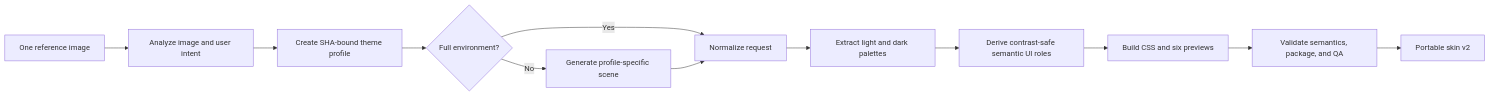
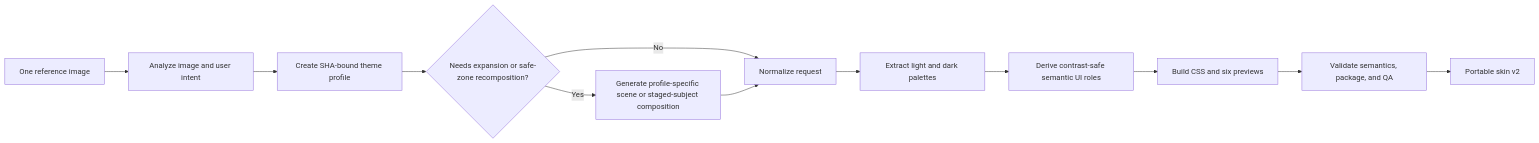
The diagram in docs/SKIN_STUDIO_MVP.md (chromapaw/codex-chromapaw), drawn with Mermaid before and after one commit. The commit also changed other lines of this file and 21 other files, not shown here.

````diff
--- a/docs/SKIN_STUDIO_MVP.md
+++ b/docs/SKIN_STUDIO_MVP.md
@@ -9,14 +9,14 @@
 ```mermaid
 flowchart LR
     A["One reference image"] --> B["Analyze image and user intent"]
     B --> C["Create SHA-bound theme profile"]
-    C --> D{"Full environment?"}
-    D -->|"Yes"| F["Normalize request"]
-    D -->|"No"| E["Generate profile-specific scene"]
+    C --> D{"Needs expansion or safe-zone recomposition?"}
+    D -->|"No"| F["Normalize request"]
+    D -->|"Yes"| E["Generate profile-specific scene or staged-subject composition"]
     E --> F
     F --> G["Extract light and dark palettes"]
     G --> H["Derive contrast-safe semantic UI roles"]
     H --> K["Build CSS and six previews"]
     K --> I["Validate semantics, package, and QA"]
     I --> J["Portable skin v2"]
 ```
````
